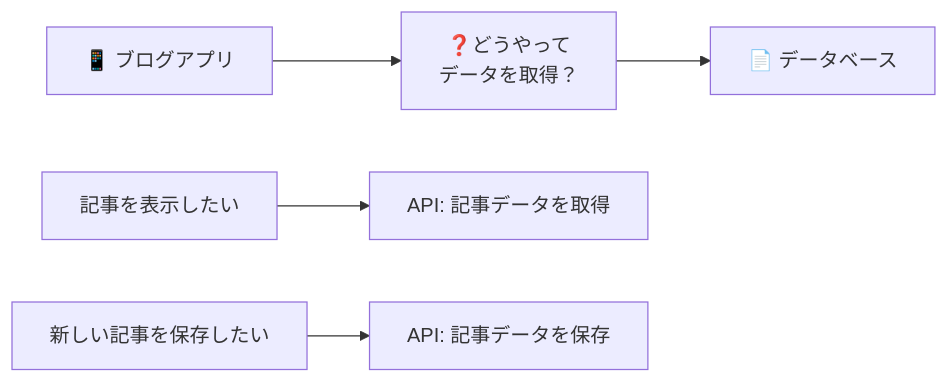
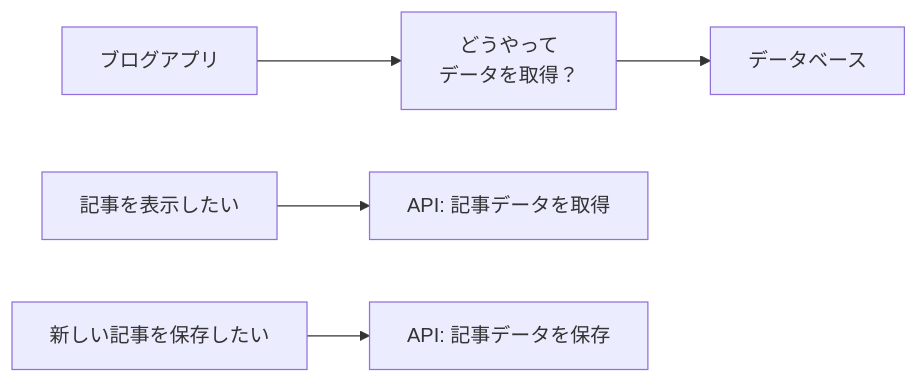
The seventh of 8 diagrams in src/chapters/chapter01/index.md (itdojp/supabase-architecture-patterns-book), drawn with Mermaid before and after one commit. The commit also changed other lines of this file and 49 other files, not shown here.

````diff
--- a/src/chapters/chapter01/index.md
+++ b/src/chapters/chapter01/index.md
@@ -721,7 +721,7 @@
 ```mermaid
 flowchart LR
-    A[📱 ブログアプリ] --> B[❓どうやって<br/>データを取得？] --> C[📄 データベース]
+    A[ ブログアプリ] --> B[どうやって<br/>データを取得？] --> C[ データベース]
     
     D[記事を表示したい] --> E[API: 記事データを取得]
     F[新しい記事を保存したい] --> G[API: 記事データを保存]
 ```
````
